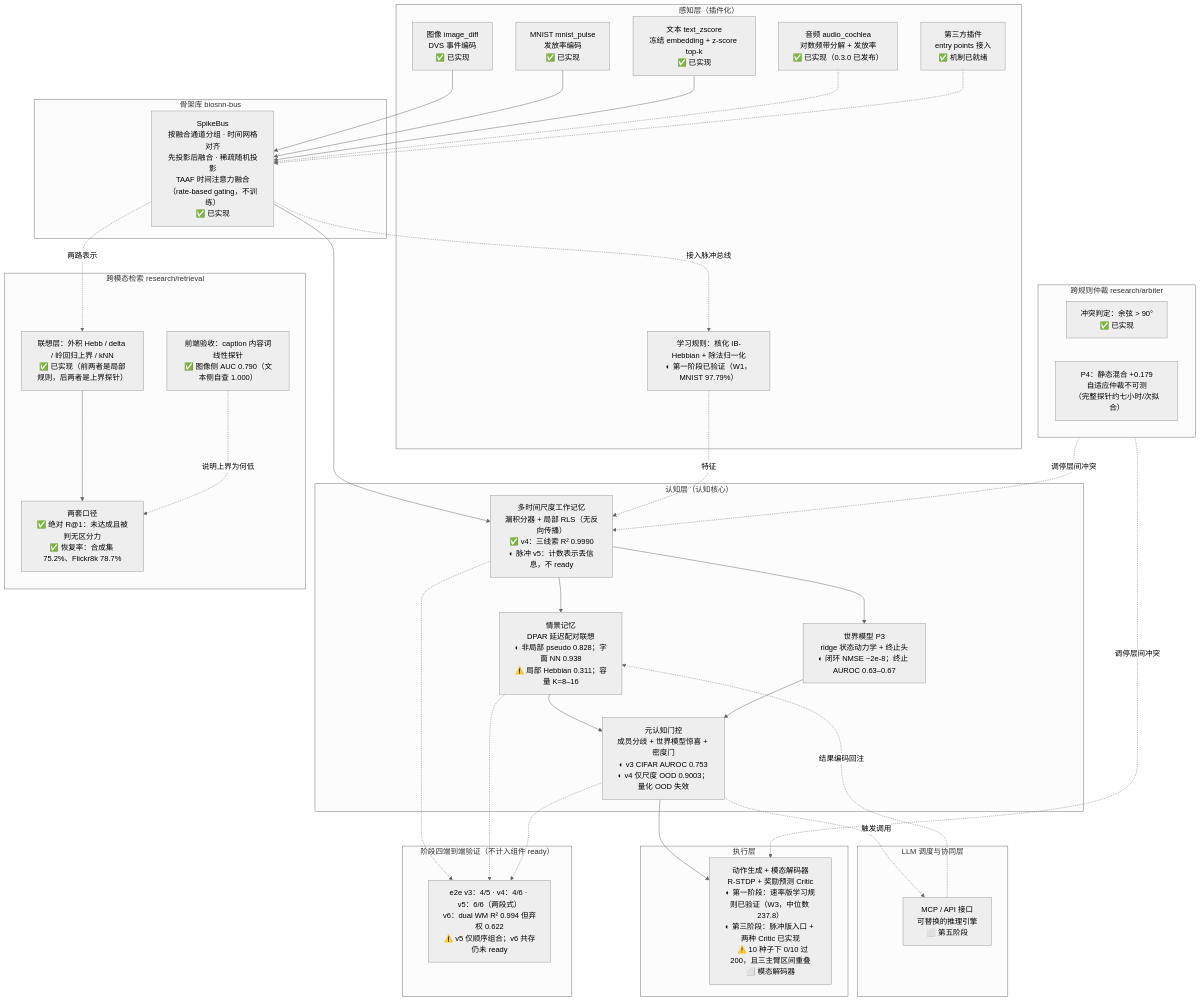
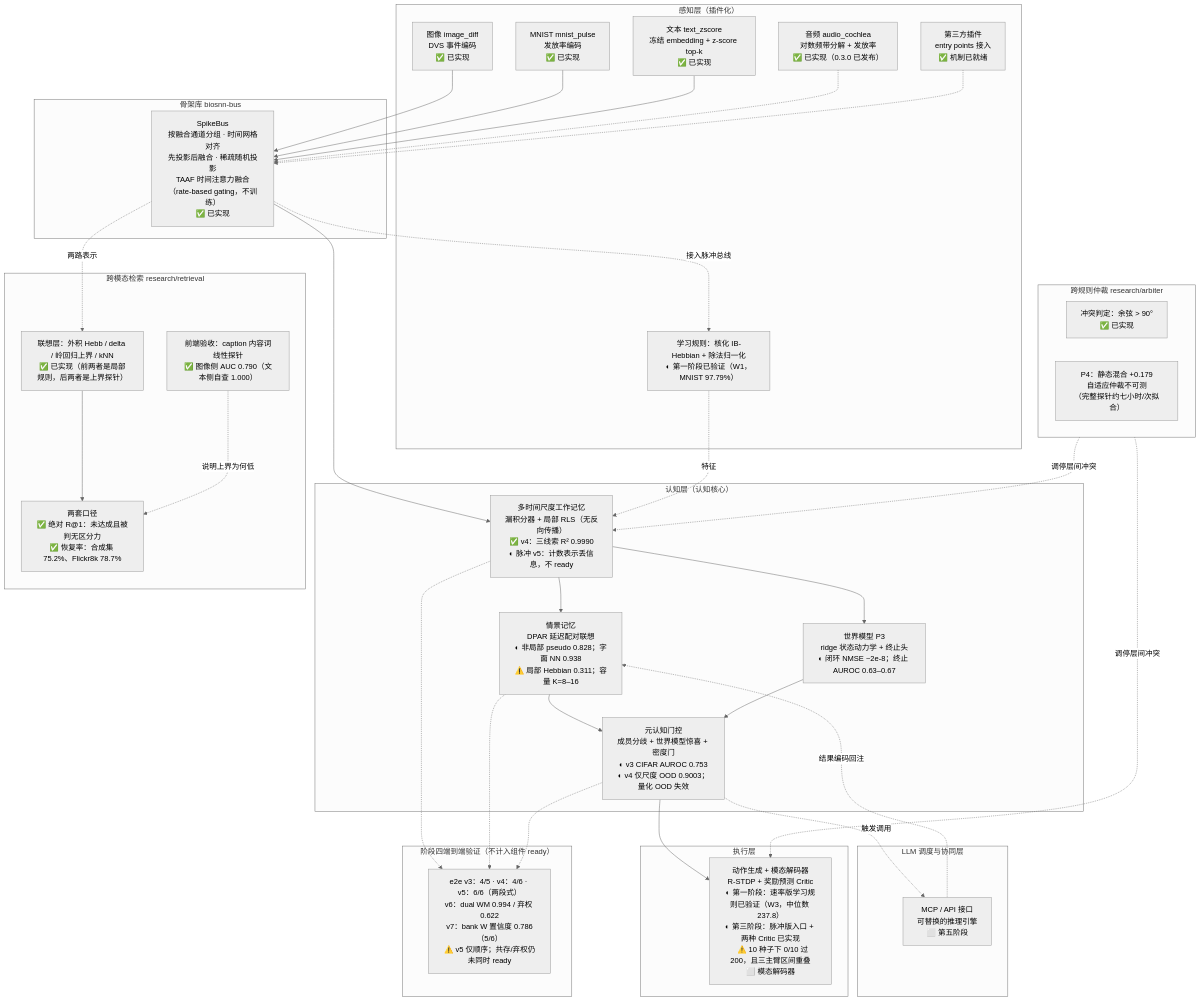
Before and after one commit to lzmd-arch/BioSNN-Plug: the diagram in README.md, drawn with Mermaid (neutral theme). The commit also changed other lines of this file and 8 other files, not shown here.

Commit message:
阶段四端到端 v7 结果：bank W 置信度 5/6，弃权 0.786 差 1.4 pp

````diff
--- a/README.md
+++ b/README.md
@@ -125,71 +125,71 @@
 ```mermaid
 flowchart TB
     subgraph L5["LLM 调度与协同层"]
         MCP["MCP / API 接口<br/>可替换的推理引擎<br/>⬜ 第五阶段"]
     end
 
     subgraph L4["执行层"]
         ACT["动作生成 + 模态解码器<br/>R-STDP + 奖励预测 Critic<br/>◐ 第一阶段：速率版学习规则已验证（W3，中位数 237.8）<br/>◐ 第三阶段：脉冲版入口 + 两种 Critic 已实现<br/>&nbsp;&nbsp;&nbsp;⚠️ 10 种子下 0/10 过 200，且三主臂区间重叠<br/>⬜ 模态解码器"]
     end
 
     subgraph L3["认知层（认知核心）"]
         WM["多时间尺度工作记忆<br/>漏积分器 + 局部 RLS（无反向传播）<br/>✅ v4：三线索 R² 0.9990<br/>◐ 脉冲 v5：计数表示丢信息，不 ready"]
         EM["情景记忆<br/>DPAR 延迟配对联想<br/>◐ 非局部 pseudo 0.828；字面 NN 0.938<br/>⚠️ 局部 Hebbian 0.311；容量 K=8–16"]
         MG["元认知门控<br/>成员分歧 + 世界模型惊喜 + 密度门<br/>◐ v3 CIFAR AUROC 0.753<br/>◐ v4 仅尺度 OOD 0.9003；量化 OOD 失效"]
         WMODEL["世界模型 P3<br/>ridge 状态动力学 + 终止头<br/>◐ 闭环 NMSE ~2e-8；终止 AUROC 0.63–0.67"]
     end
 
     subgraph ARB["跨规则仲裁 research/arbiter"]
         CF["冲突判定：余弦 > 90°<br/>✅ 已实现"]
         ES["P4：静态混合 +0.179<br/>自适应仲裁不可测<br/>（完整探针约七小时/次拟合）"]
     end
 
     subgraph L2["骨架库 biosnn-bus"]
         BUS["SpikeBus<br/>按融合通道分组 · 时间网格对齐<br/>先投影后融合 · 稀疏随机投影<br/>TAAF 时间注意力融合（rate-based gating，不训练）<br/>✅ 已实现"]
     end
 
     subgraph L1["感知层（插件化）"]
         IMG["图像 image_diff<br/>DVS 事件编码<br/>✅ 已实现"]
         MN["MNIST mnist_pulse<br/>发放率编码<br/>✅ 已实现"]
         TXT["文本 text_zscore<br/>冻结 embedding + z-score top-k<br/>✅ 已实现"]
         AUD["音频 audio_cochlea<br/>对数频带分解 + 发放率<br/>✅ 已实现（0.3.0 已发布）"]
         THIRD["第三方插件<br/>entry points 接入<br/>✅ 机制已就绪"]
         HEB["学习规则：核化 IB-Hebbian + 除法归一化<br/>◐ 第一阶段已验证（W1，MNIST 97.79%）"]
     end
 
     IMG --> BUS
     MN --> BUS
     TXT --> BUS
     AUD -.-> BUS
     THIRD -.-> BUS
 
     BUS --> WM
     BUS -.->|接入脉冲总线| HEB
     HEB -.->|特征| WM
     WM --> EM
     WM --> WMODEL
     EM --> MG
     WMODEL --> MG
     MG --> ACT
     MG -.->|触发调用| MCP
     MCP -.->|结果编码回注| EM
     ARB -.->|调停层间冲突| WM
     ARB -.->|调停层间冲突| ACT
 
     subgraph W4["跨模态检索 research/retrieval"]
         FAC["联想层：外积 Hebb / delta / 岭回归上界 / kNN<br/>✅ 已实现（前两者是局部规则，后两者是上界探针）"]
         CRIT["两套口径<br/>✅ 绝对 R@1：未达成且被判无区分力<br/>✅ 恢复率：合成集 75.2%、Flickr8k 78.7%"]
         FE["前端验收：caption 内容词线性探针<br/>✅ 图像侧 AUC 0.790（文本侧自查 1.000）"]
     end
 
     BUS -.->|两路表示| FAC
     FAC --> CRIT
     FE -.->|说明上界为何低| CRIT
 
     subgraph S4["阶段四端到端验证（不计入组件 ready）"]
-        E2E["e2e v3：4/5 · v4：4/6 · v5：6/6（两段式）<br/>v6：dual WM R² 0.994 但弃权 0.622<br/>⚠️ v5 仅顺序组合；v6 共存仍未 ready"]
+        E2E["e2e v3：4/5 · v4：4/6 · v5：6/6（两段式）<br/>v6：dual WM 0.994 / 弃权 0.622<br/>v7：bank W 置信度 0.786（5/6）<br/>⚠️ v5 仅顺序；共存/弃权仍未同时 ready"]
     end
     WM -.-> E2E
     EM -.-> E2E
     MG -.-> E2E
 ```
````
